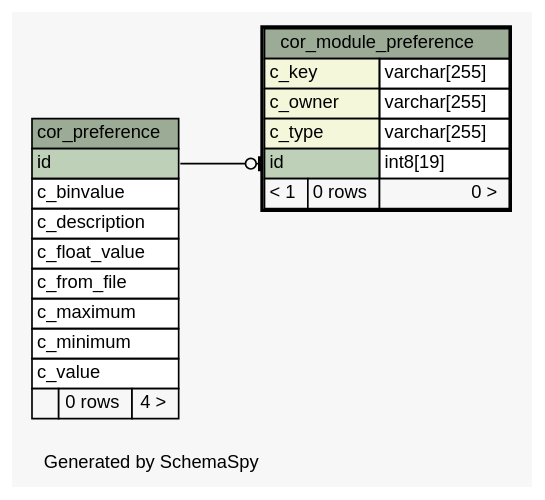
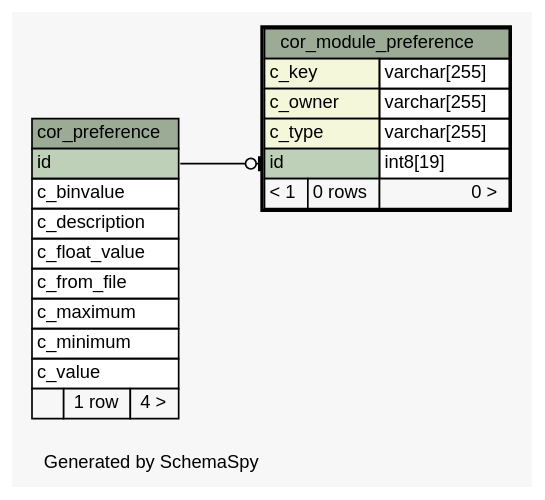
The diagram in schemaspy/diagrams/cor_module_preference.1degree.dot (openwms/org.openwms.core.preferences.lib), drawn with Graphviz before and after one commit. The commit also changed 228 other files, not shown here.

```diff
--- a/schemaspy/diagrams/cor_module_preference.1degree.dot
+++ b/schemaspy/diagrams/cor_module_preference.1degree.dot
@@ -1,53 +1,53 @@
-// dot 2.40.1 on Mac OS X 10.14.6
+// dot 2.36.0 on Linux 4.4.0-101-generic
 // SchemaSpy rev Unknown
 digraph "oneDegreeRelationshipsDiagram" {
   graph [
     rankdir="RL"
     bgcolor="#f7f7f7"
     label="\nGenerated by SchemaSpy"
     labeljust="l"
     nodesep="0.18"
     ranksep="0.46"
     fontname="Helvetica"
     fontsize="11"
   ];
   node [
     fontname="Helvetica"
     fontsize="11"
     shape="plaintext"
   ];
   edge [
     arrowsize="0.8"
   ];
   "cor_module_preference":"id":w -> "cor_preference":"id":e [arrowhead=none dir=back arrowtail=teeodot];
   "cor_module_preference" [
     label=<
     <TABLE BORDER="2" CELLBORDER="1" CELLSPACING="0" BGCOLOR="#ffffff">
       <TR><TD COLSPAN="3" BGCOLOR="#9bab96" ALIGN="CENTER">cor_module_preference</TD></TR>
       <TR><TD PORT="c_key" COLSPAN="2" BGCOLOR="#f4f7da" ALIGN="LEFT">c_key</TD><TD PORT="c_key.type" ALIGN="LEFT">varchar[255]</TD></TR>
       <TR><TD PORT="c_owner" COLSPAN="2" BGCOLOR="#f4f7da" ALIGN="LEFT">c_owner</TD><TD PORT="c_owner.type" ALIGN="LEFT">varchar[255]</TD></TR>
       <TR><TD PORT="c_type" COLSPAN="2" BGCOLOR="#f4f7da" ALIGN="LEFT">c_type</TD><TD PORT="c_type.type" ALIGN="LEFT">varchar[255]</TD></TR>
       <TR><TD PORT="id" COLSPAN="2" BGCOLOR="#bed1b8" ALIGN="LEFT">id</TD><TD PORT="id.type" ALIGN="LEFT">int8[19]</TD></TR>
       <TR><TD ALIGN="LEFT" BGCOLOR="#f7f7f7">&lt; 1</TD><TD ALIGN="RIGHT" BGCOLOR="#f7f7f7">0 rows</TD><TD ALIGN="RIGHT" BGCOLOR="#f7f7f7">0 &gt;</TD></TR>
     </TABLE>>
     URL="cor_module_preference.html"
     tooltip="cor_module_preference"
   ];
   "cor_preference" [
     label=<
     <TABLE BORDER="0" CELLBORDER="1" CELLSPACING="0" BGCOLOR="#ffffff">
       <TR><TD COLSPAN="3" BGCOLOR="#9bab96" ALIGN="CENTER">cor_preference</TD></TR>
       <TR><TD PORT="id" COLSPAN="3" BGCOLOR="#bed1b8" ALIGN="LEFT">id</TD></TR>
       <TR><TD PORT="c_binvalue" COLSPAN="3" ALIGN="LEFT">c_binvalue</TD></TR>
       <TR><TD PORT="c_description" COLSPAN="3" ALIGN="LEFT">c_description</TD></TR>
       <TR><TD PORT="c_float_value" COLSPAN="3" ALIGN="LEFT">c_float_value</TD></TR>
       <TR><TD PORT="c_from_file" COLSPAN="3" ALIGN="LEFT">c_from_file</TD></TR>
       <TR><TD PORT="c_maximum" COLSPAN="3" ALIGN="LEFT">c_maximum</TD></TR>
       <TR><TD PORT="c_minimum" COLSPAN="3" ALIGN="LEFT">c_minimum</TD></TR>
       <TR><TD PORT="c_value" COLSPAN="3" ALIGN="LEFT">c_value</TD></TR>
-      <TR><TD ALIGN="LEFT" BGCOLOR="#f7f7f7">  </TD><TD ALIGN="RIGHT" BGCOLOR="#f7f7f7">0 rows</TD><TD ALIGN="RIGHT" BGCOLOR="#f7f7f7">4 &gt;</TD></TR>
+      <TR><TD ALIGN="LEFT" BGCOLOR="#f7f7f7">  </TD><TD ALIGN="RIGHT" BGCOLOR="#f7f7f7">1 row</TD><TD ALIGN="RIGHT" BGCOLOR="#f7f7f7">4 &gt;</TD></TR>
     </TABLE>>
     URL="cor_preference.html"
     tooltip="cor_preference"
   ];
 }
```
